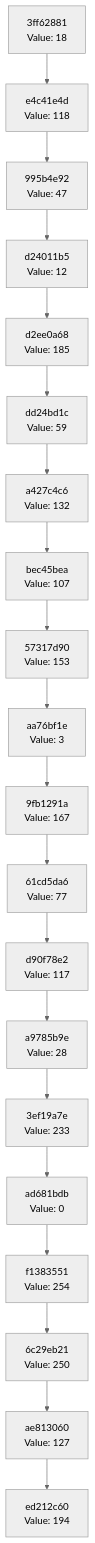
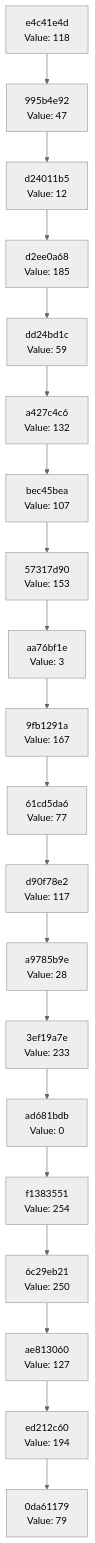
One commit to Abhisheksinha1506/hash-chain-evolver changed the diagram in docs/CHAIN_VISUALIZATION.md. Above: the diagram before and after it, drawn with Mermaid (neutral theme). The commit also changed 2 other files, not shown here.

Commit message:
Evolution Step

````diff
--- a/docs/CHAIN_VISUALIZATION.md
+++ b/docs/CHAIN_VISUALIZATION.md
@@ -3,42 +3,42 @@
 ```mermaid
 graph TD
-    C0["ed212c60<br/>Value: 194"]
-    C1["ae813060<br/>Value: 127"]
+    C0["0da61179<br/>Value: 79"]
+    C1["ed212c60<br/>Value: 194"]
     C1 --> C0
-    C2["6c29eb21<br/>Value: 250"]
+    C2["ae813060<br/>Value: 127"]
     C2 --> C1
-    C3["f1383551<br/>Value: 254"]
+    C3["6c29eb21<br/>Value: 250"]
     C3 --> C2
-    C4["ad681bdb<br/>Value: 0"]
+    C4["f1383551<br/>Value: 254"]
     C4 --> C3
-    C5["3ef19a7e<br/>Value: 233"]
+    C5["ad681bdb<br/>Value: 0"]
     C5 --> C4
-    C6["a9785b9e<br/>Value: 28"]
+    C6["3ef19a7e<br/>Value: 233"]
     C6 --> C5
-    C7["d90f78e2<br/>Value: 117"]
+    C7["a9785b9e<br/>Value: 28"]
     C7 --> C6
-    C8["61cd5da6<br/>Value: 77"]
+    C8["d90f78e2<br/>Value: 117"]
     C8 --> C7
-    C9["9fb1291a<br/>Value: 167"]
+    C9["61cd5da6<br/>Value: 77"]
     C9 --> C8
-    C10["aa76bf1e<br/>Value: 3"]
+    C10["9fb1291a<br/>Value: 167"]
     C10 --> C9
-    C11["57317d90<br/>Value: 153"]
+    C11["aa76bf1e<br/>Value: 3"]
     C11 --> C10
-    C12["bec45bea<br/>Value: 107"]
+    C12["57317d90<br/>Value: 153"]
     C12 --> C11
-    C13["a427c4c6<br/>Value: 132"]
+    C13["bec45bea<br/>Value: 107"]
     C13 --> C12
-    C14["dd24bd1c<br/>Value: 59"]
+    C14["a427c4c6<br/>Value: 132"]
     C14 --> C13
-    C15["d2ee0a68<br/>Value: 185"]
+    C15["dd24bd1c<br/>Value: 59"]
     C15 --> C14
-    C16["d24011b5<br/>Value: 12"]
+    C16["d2ee0a68<br/>Value: 185"]
     C16 --> C15
-    C17["995b4e92<br/>Value: 47"]
+    C17["d24011b5<br/>Value: 12"]
     C17 --> C16
-    C18["e4c41e4d<br/>Value: 118"]
+    C18["995b4e92<br/>Value: 47"]
     C18 --> C17
-    C19["3ff62881<br/>Value: 18"]
+    C19["e4c41e4d<br/>Value: 118"]
     C19 --> C18
 ```
````
